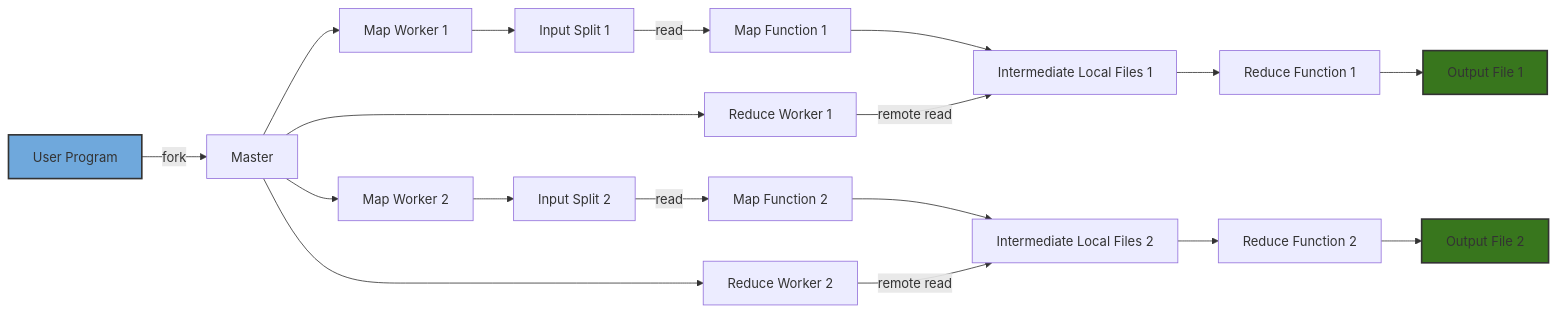
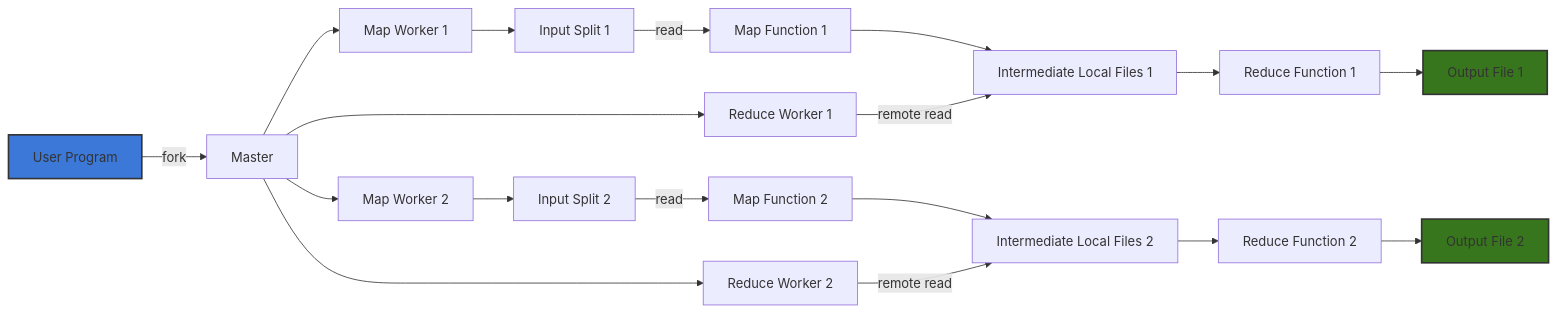
The diagram in hadoop/README.md (klaytoncastro/idp-bigdata), drawn with Mermaid before and after one commit.

Commit message:
Update Hadoop

````diff
--- a/hadoop/README.md
+++ b/hadoop/README.md
@@ -72,30 +72,30 @@
 ```mermaid
 graph LR
     A[User Program] -->|fork| B[Master];
     
     %% Map Phase
     B --> C1[Map Worker 1];
     B --> C2[Map Worker 2];
     C1 --> D1[Input Split 1];
     C2 --> D2[Input Split 2];
     D1 -->|read| E1[Map Function 1];
     D2 -->|read| E2[Map Function 2];
     E1 --> F1[Intermediate Local Files 1];
     E2 --> F2[Intermediate Local Files 2];
 
     %% Reduce Phase
     B --> G1[Reduce Worker 1];
     B --> G2[Reduce Worker 2];
     G1 -->|remote read| F1;
     G2 -->|remote read| F2;
     F1 --> H1[Reduce Function 1];
     F2 --> H2[Reduce Function 2];
     H1 --> I1[Output File 1];
     H2 --> I2[Output File 2];
 
 %% Estilos globais para o tema escuro e claro
-    classDef user fill:#6FA8DC,stroke:#333,stroke-width:2px;
+    classDef user fill:#3C78D8,stroke:#333,stroke-width:2px;
     classDef output fill:#38761D,stroke:#333,stroke-width:2px;
     class A user;
     class I1,I2 output;
 ```
````
